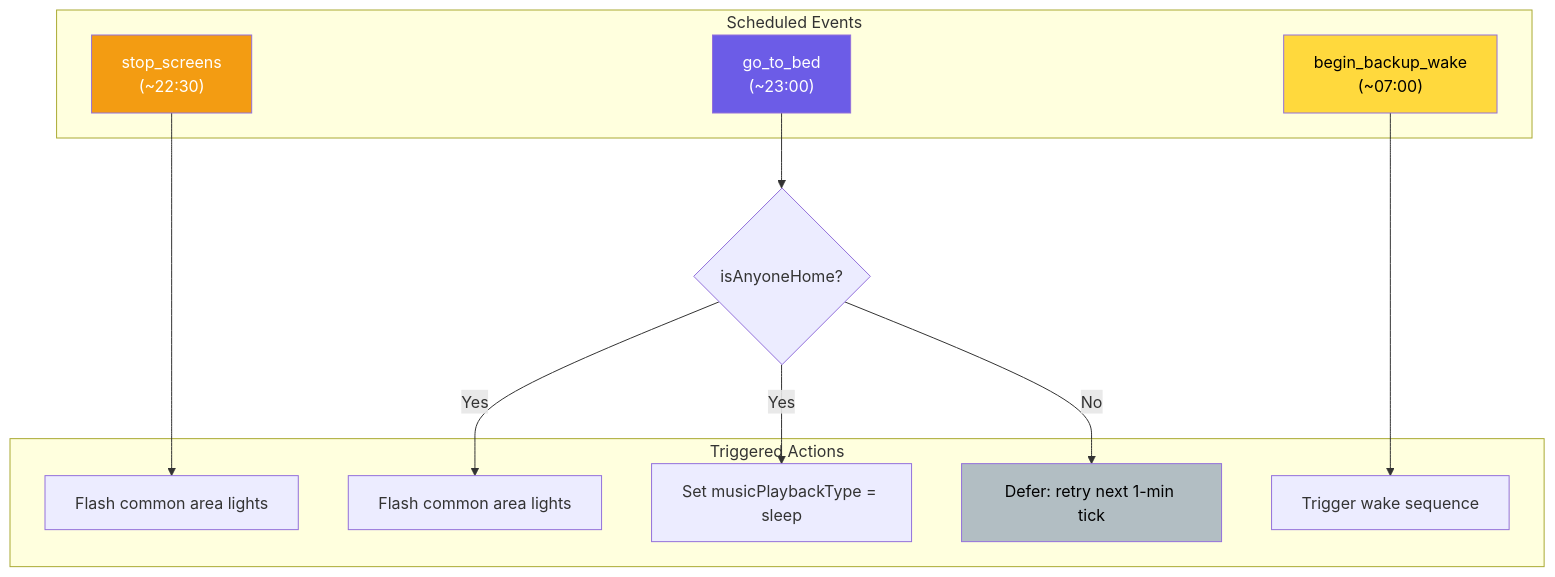
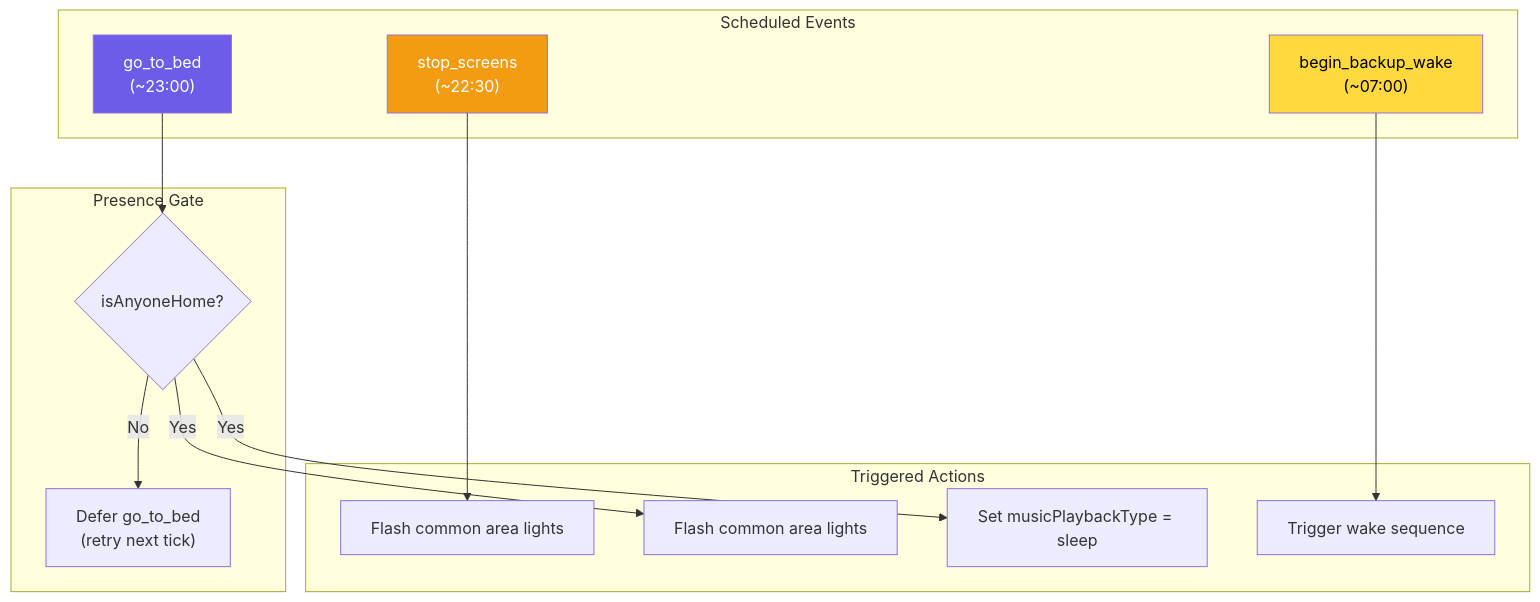
The first of 9 diagrams in docs/flows/SLEEP_HYGIENE.md (NickBorgers/home-automation), drawn with Mermaid before and after one commit. The commit also changed other lines of this file and 1 other file, not shown here.

Commit message:
Fix #1150: document go_to_bed presence gate (#1151)
* docs: document go_to_bed presence gate

* docs: address review findings for go_to_bed presence gate

- Move checkHome gate into its own "Presence Gate" subgraph in SLEEP_HYGIENE.md
  flow diagram (was inside "Triggered Actions", which misrepresented it as an
  action rather than a precondition check)
- Add window-expiry note: if no one arrives within the 1-hour window, go_to_bed
  is skipped for the night
- Add missing AnyoneHome → SleepHygiene edge to VISUAL_ARCHITECTURE.md state
  dependency graph (pre-existing gap; natural to fix alongside the presence gate)

---------

````diff
--- a/docs/flows/SLEEP_HYGIENE.md
+++ b/docs/flows/SLEEP_HYGIENE.md
@@ -15,30 +15,31 @@
 ```mermaid
 flowchart TD
     subgraph Schedule["Scheduled Events"]
         stopScreens["stop_screens<br/>(~22:30)"]
         goToBed["go_to_bed<br/>(~23:00)"]
         backupWake["begin_backup_wake<br/>(~07:00)"]
     end
 
+    subgraph Gate["Presence Gate"]
+        checkHome{"isAnyoneHome?"}
+        deferGoToBed["Defer go_to_bed<br/>(retry next tick)"]
+    end
+
     subgraph Actions["Triggered Actions"]
         flashLights1["Flash common area lights"]
         flashLights2["Flash common area lights"]
         startSleep["Set musicPlaybackType = sleep"]
         triggerWake["Trigger wake sequence"]
-        defer["Defer: retry next 1-min tick"]
     end
-
-    checkHome{"isAnyoneHome?"}
 
     stopScreens --> flashLights1
     goToBed --> checkHome
     checkHome -->|Yes| flashLights2
     checkHome -->|Yes| startSleep
-    checkHome -->|No| defer
+    checkHome -->|No| deferGoToBed
     backupWake --> triggerWake
 
     style stopScreens fill:#f39c12,color:#fff
     style goToBed fill:#6c5ce7,color:#fff
     style backupWake fill:#ffd93d,color:#000
-    style defer fill:#b2bec3,color:#000
 ```
````
